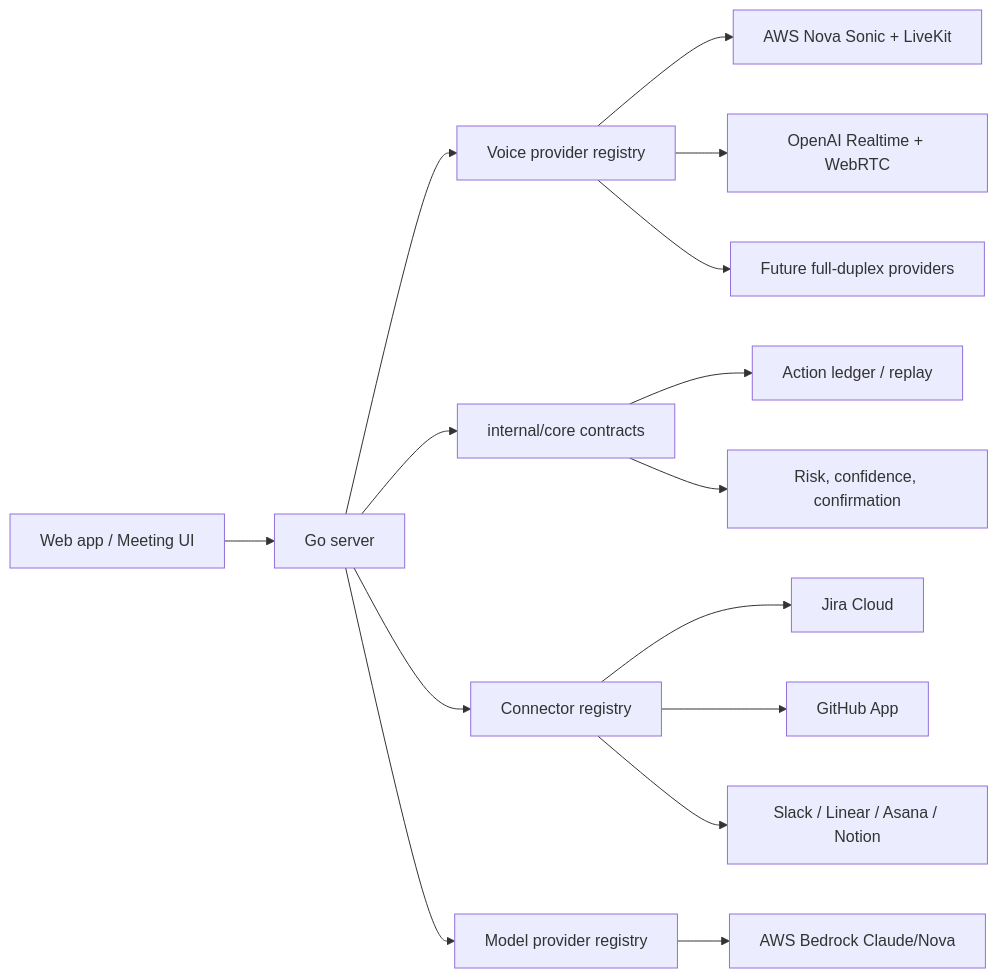
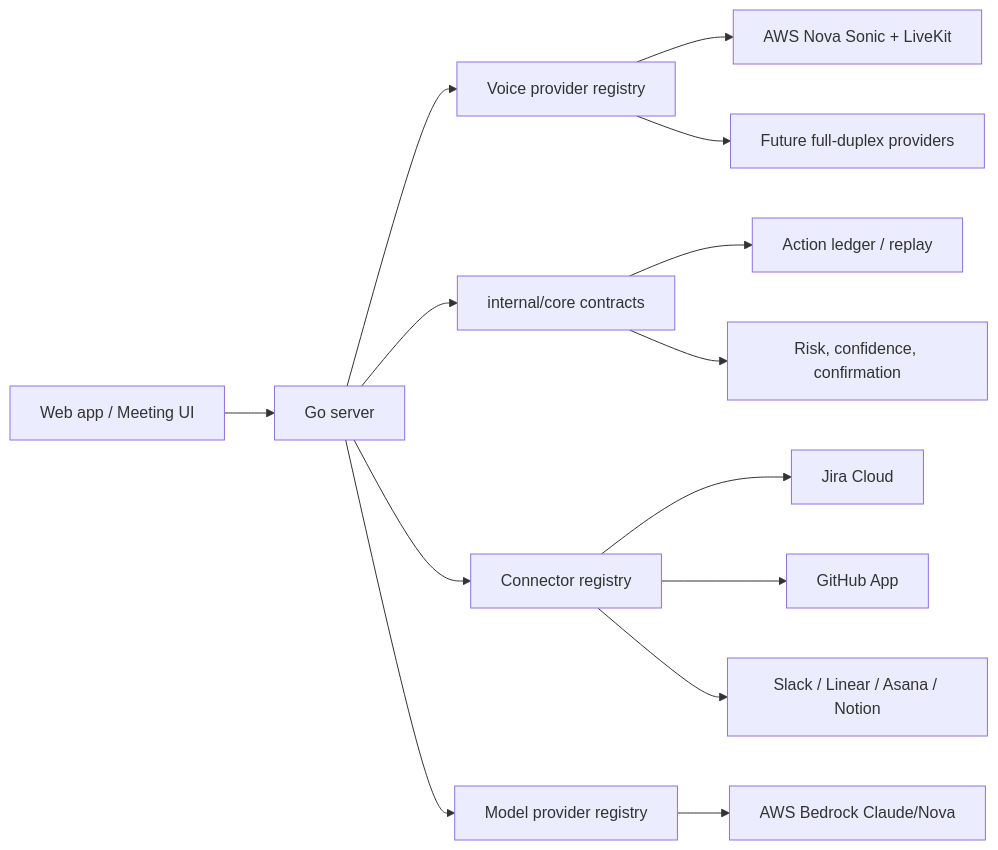
One commit to somoore/auto-bot changed the first of 2 diagrams in docs/architecture.md. Above: the diagram before and after it, drawn with Mermaid. The commit also changed other lines of this file and 32 other files, not shown here.

First line of the commit message:
Remove OpenAI Realtime provider; Nova Sonic is the only voice path (#16)

````diff
--- a/docs/architecture.md
+++ b/docs/architecture.md
@@ -7,17 +7,16 @@
 ```mermaid
 flowchart LR
   Browser["Web app / Meeting UI"] --> Server["Go server"]
   Server --> Voice["Voice provider registry"]
   Voice --> Nova["AWS Nova Sonic + LiveKit"]
-  Voice --> Realtime["OpenAI Realtime + WebRTC"]
   Voice --> FutureVoice["Future full-duplex providers"]
   Server --> Core["internal/core contracts"]
   Core --> Ledger["Action ledger / replay"]
   Core --> Policy["Risk, confidence, confirmation"]
   Server --> Connectors["Connector registry"]
   Connectors --> Jira["Jira Cloud"]
   Connectors --> GitHub["GitHub App"]
   Connectors --> FutureTools["Slack / Linear / Asana / Notion"]
   Server --> Models["Model provider registry"]
   Models --> Bedrock["AWS Bedrock Claude/Nova"]
 ```
````
